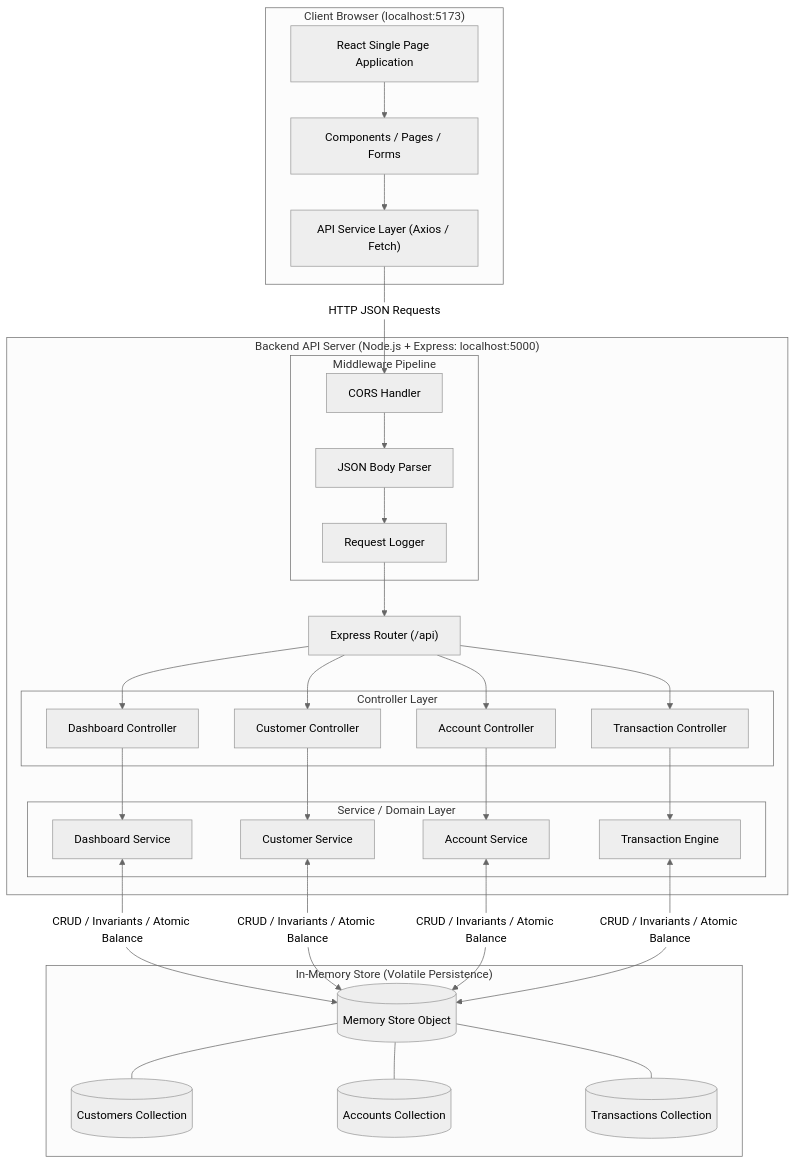
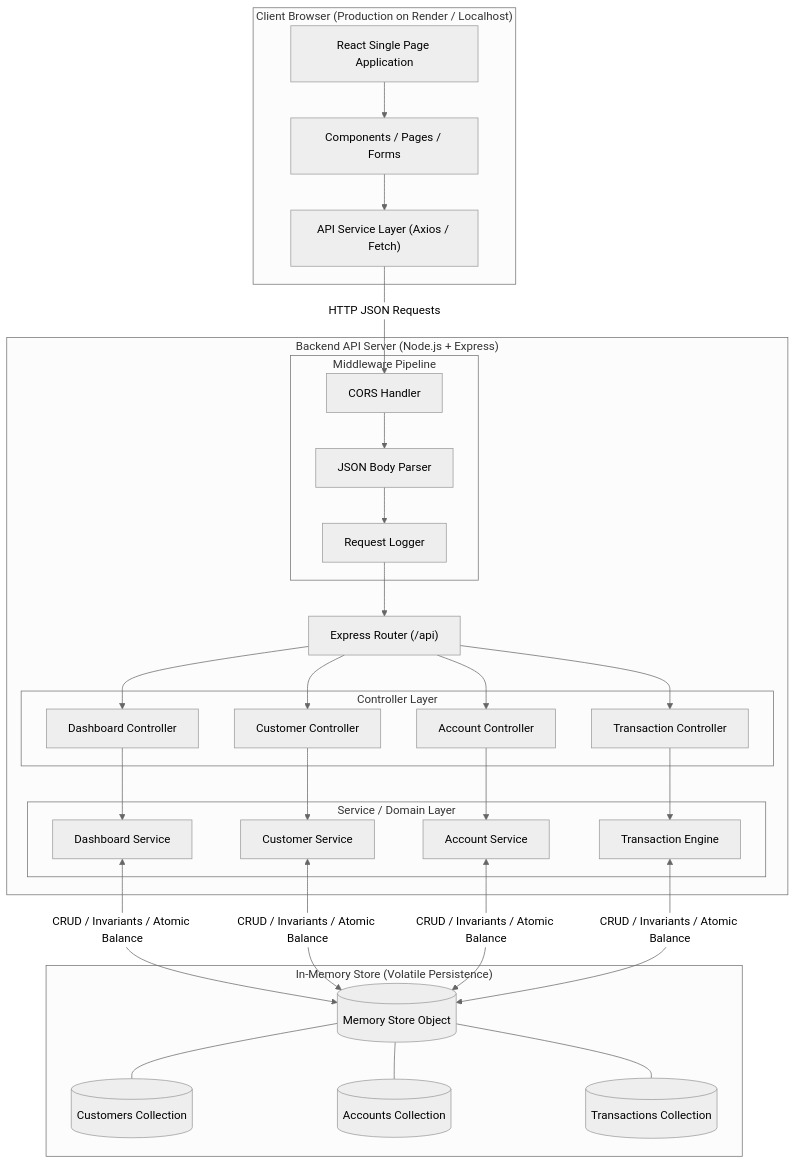
The first of 3 diagrams in docs/architecture.md (kunaltaydetayde7552-ship-it/corebanking-sandbox), drawn with Mermaid (neutral theme) before and after one commit. The commit also changed 4 other files, not shown here.

````diff
--- a/docs/architecture.md
+++ b/docs/architecture.md
@@ -22,50 +22,50 @@
 ```mermaid
 flowchart TD
-    subgraph Client["Client Browser (localhost:5173)"]
+    subgraph Client["Client Browser (Production on Render / Localhost)"]
         UI["React Single Page Application"]
         Components["Components / Pages / Forms"]
         APIClient["API Service Layer (Axios / Fetch)"]
         UI --> Components
         Components --> APIClient
     end
 
-    subgraph Server["Backend API Server (Node.js + Express: localhost:5000)"]
+    subgraph Server["Backend API Server (Node.js + Express)"]
         Router["Express Router (/api)"]
         subgraph Middlewares["Middleware Pipeline"]
             CORS["CORS Handler"]
             JSONBody["JSON Body Parser"]
             Logger["Request Logger"]
         end
         subgraph Controllers["Controller Layer"]
             DashCtrl["Dashboard Controller"]
             CustCtrl["Customer Controller"]
             AccCtrl["Account Controller"]
             TxCtrl["Transaction Controller"]
         end
         subgraph Services["Service / Domain Layer"]
             DashSvc["Dashboard Service"]
             CustSvc["Customer Service"]
             AccSvc["Account Service"]
             TxSvc["Transaction Engine"]
         end
     end
 
     subgraph DataStore["In-Memory Store (Volatile Persistence)"]
         MemDB[("Memory Store Object")]
         CustomersDB[("Customers Collection")]
         AccountsDB[("Accounts Collection")]
         TransactionsDB[("Transactions Collection")]
         MemDB --- CustomersDB
         MemDB --- AccountsDB
         MemDB --- TransactionsDB
     end
 
     APIClient -->|"HTTP JSON Requests"| CORS
     CORS --> JSONBody --> Logger --> Router
     Router --> DashCtrl & CustCtrl & AccCtrl & TxCtrl
     DashCtrl --> DashSvc
     CustCtrl --> CustSvc
     AccCtrl --> AccSvc
     TxCtrl --> TxSvc
     DashSvc & CustSvc & AccSvc & TxSvc <-->|"CRUD / Invariants / Atomic Balance"| MemDB
 ```
````
